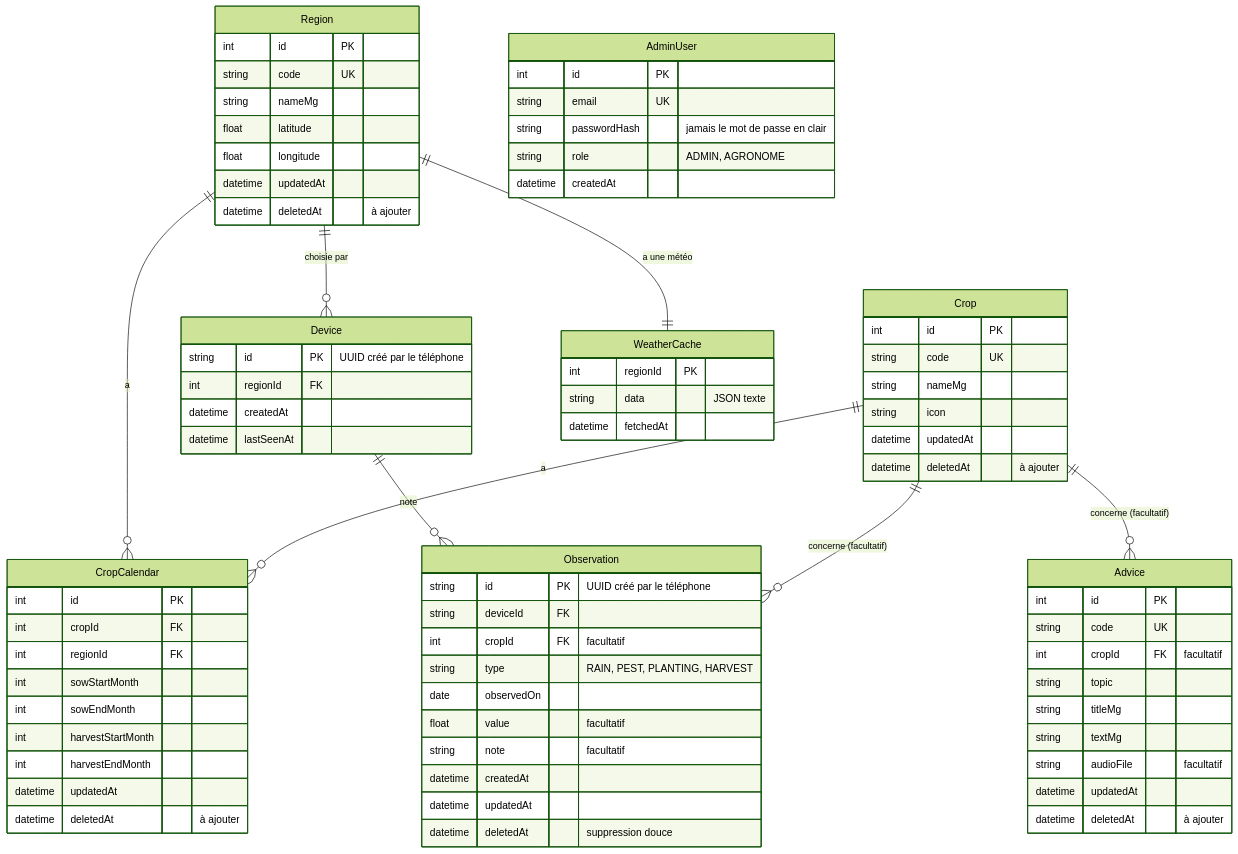
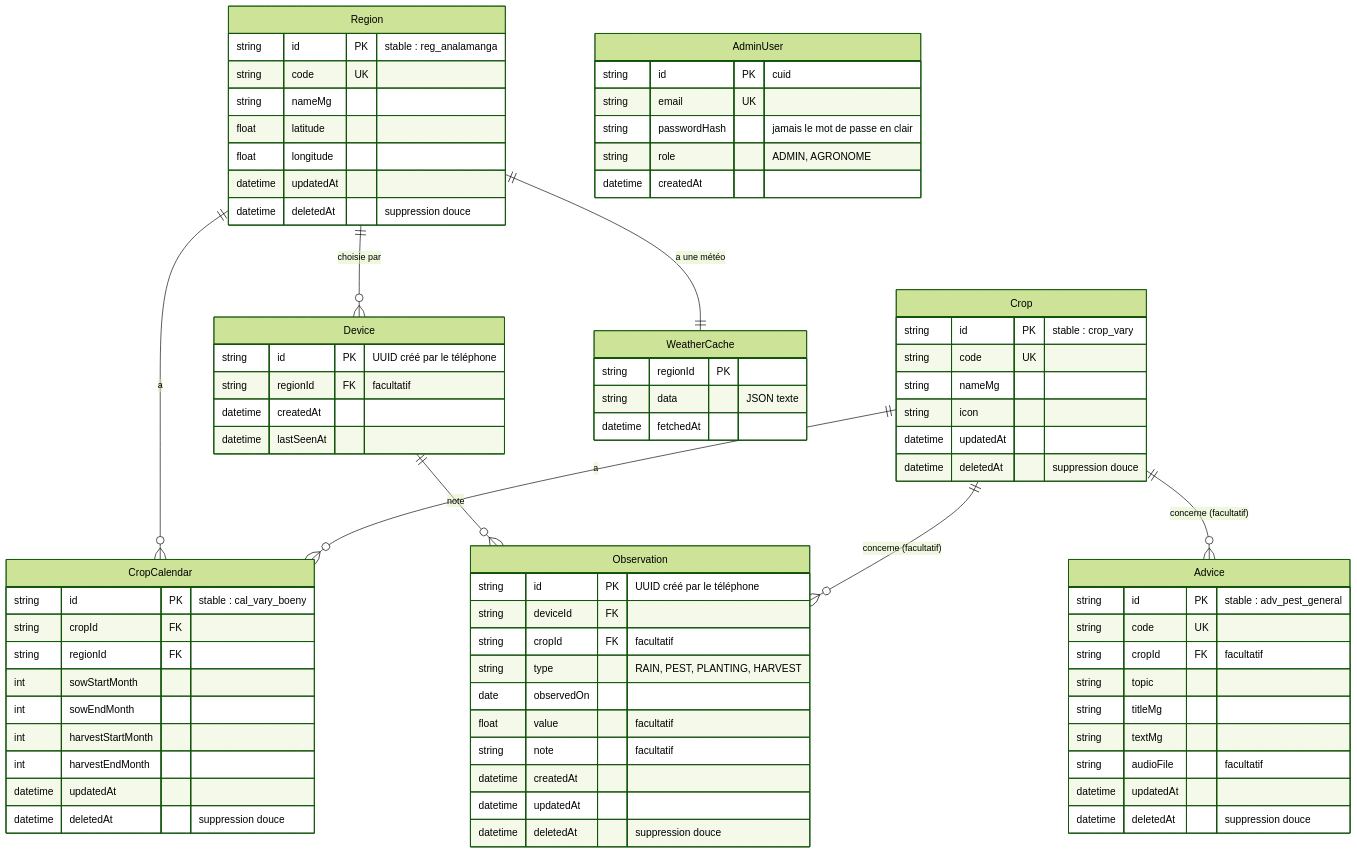
The second of 2 diagrams in docs/ARCHITECTURE.md (Mathieu-35/tantsaha-connect), drawn with Mermaid (forest theme) before and after one commit. The commit also changed other lines of this file and 29 other files, not shown here.

````diff
--- a/docs/ARCHITECTURE.md
+++ b/docs/ARCHITECTURE.md
@@ -127,80 +127,80 @@
 ```mermaid
 erDiagram
   Region ||--o{ CropCalendar : "a"
   Crop   ||--o{ CropCalendar : "a"
   Crop   ||--o{ Advice : "concerne (facultatif)"
   Region ||--o{ Device : "choisie par"
   Region ||--|| WeatherCache : "a une météo"
   Device ||--o{ Observation : "note"
   Crop   ||--o{ Observation : "concerne (facultatif)"
 
   Region {
-    int id PK
+    string id PK "stable : reg_analamanga"
     string code UK
     string nameMg
     float latitude
     float longitude
     datetime updatedAt
-    datetime deletedAt "à ajouter"
+    datetime deletedAt "suppression douce"
   }
   Crop {
-    int id PK
+    string id PK "stable : crop_vary"
     string code UK
     string nameMg
     string icon
     datetime updatedAt
-    datetime deletedAt "à ajouter"
+    datetime deletedAt "suppression douce"
   }
   CropCalendar {
-    int id PK
-    int cropId FK
-    int regionId FK
+    string id PK "stable : cal_vary_boeny"
+    string cropId FK
+    string regionId FK
     int sowStartMonth
     int sowEndMonth
     int harvestStartMonth
     int harvestEndMonth
     datetime updatedAt
-    datetime deletedAt "à ajouter"
+    datetime deletedAt "suppression douce"
   }
   Advice {
-    int id PK
+    string id PK "stable : adv_pest_general"
     string code UK
-    int cropId FK "facultatif"
+    string cropId FK "facultatif"
     string topic
     string titleMg
     string textMg
     string audioFile "facultatif"
     datetime updatedAt
-    datetime deletedAt "à ajouter"
+    datetime deletedAt "suppression douce"
   }
   Device {
     string id PK "UUID créé par le téléphone"
-    int regionId FK
+    string regionId FK "facultatif"
     datetime createdAt
     datetime lastSeenAt
   }
   Observation {
     string id PK "UUID créé par le téléphone"
     string deviceId FK
-    int cropId FK "facultatif"
+    string cropId FK "facultatif"
     string type "RAIN, PEST, PLANTING, HARVEST"
     date observedOn
     float value "facultatif"
     string note "facultatif"
     datetime createdAt
     datetime updatedAt
     datetime deletedAt "suppression douce"
   }
   WeatherCache {
-    int regionId PK
+    string regionId PK
     string data "JSON texte"
     datetime fetchedAt
   }
   AdminUser {
-    int id PK
+    string id PK "cuid"
     string email UK
     string passwordHash "jamais le mot de passe en clair"
     string role "ADMIN, AGRONOME"
     datetime createdAt
   }
 ```
````
